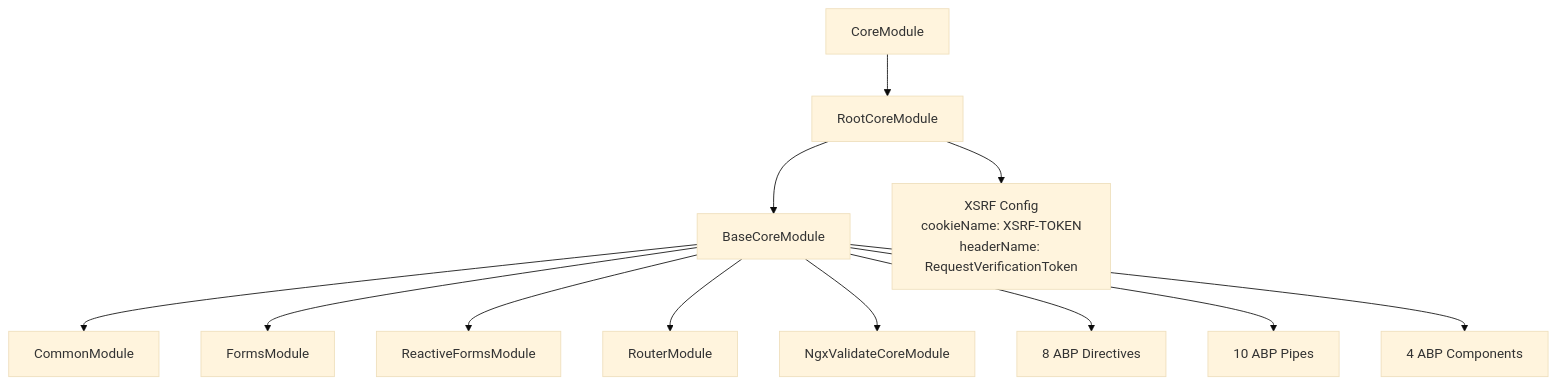
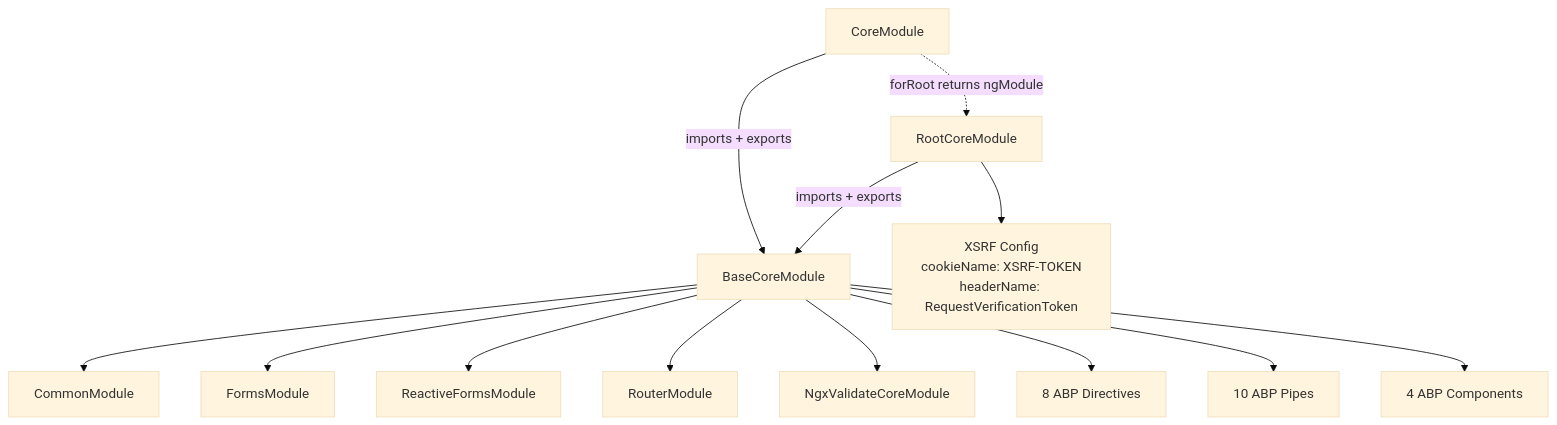
Before and after one commit to mintlify-atlas/docs-wiki-a1b1ff33: the diagram in angular/angular-packages.mdx, drawn with Mermaid (base theme). The commit also changed other lines of this file and 51 other files, not shown here.

````diff
--- a/angular/angular-packages.mdx
+++ b/angular/angular-packages.mdx
@@ -100,14 +100,15 @@
 ```mermaid
 graph TD
-    CM[CoreModule] --> RCM[RootCoreModule]
-    RCM --> BCM[BaseCoreModule]
+    CM[CoreModule] -->|imports + exports| BCM[BaseCoreModule]
+    RCM[RootCoreModule] -->|imports + exports| BCM
     BCM --> CommonModule
     BCM --> FormsModule
     BCM --> ReactiveFormsModule
     BCM --> RouterModule
     BCM --> NgxValidateCoreModule
     BCM --> Directives["8 ABP Directives"]
     BCM --> Pipes["10 ABP Pipes"]
     BCM --> Components["4 ABP Components"]
     RCM --> XsrfConfig["XSRF Config\ncookieName: XSRF-TOKEN\nheaderName: RequestVerificationToken"]
+    CM -.->|forRoot returns ngModule| RCM
 ```
````
